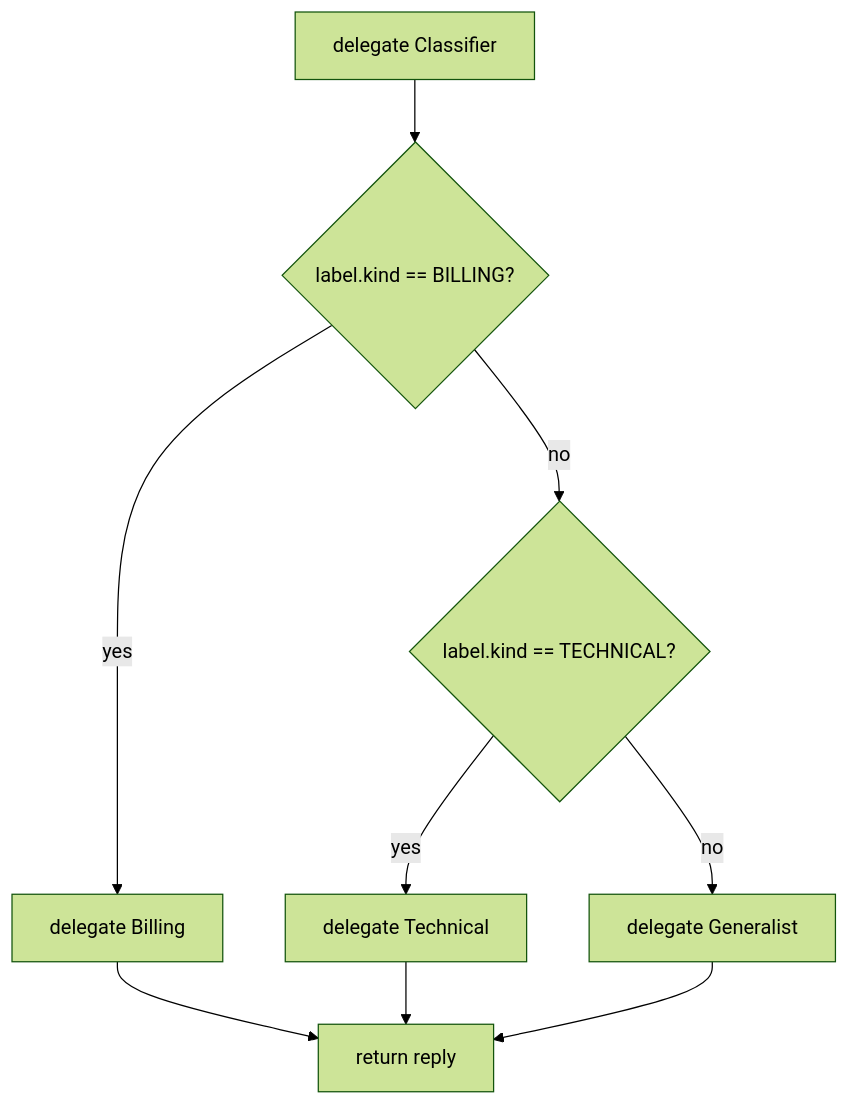
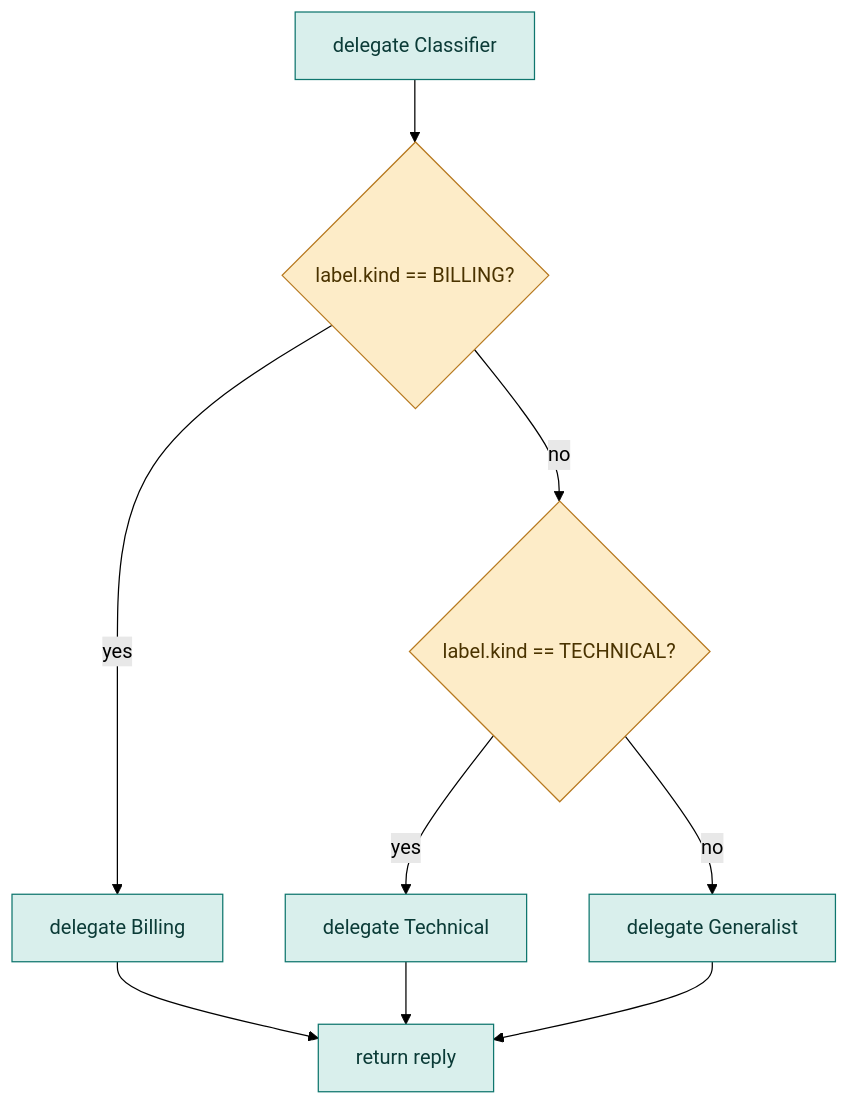
The second of 4 diagrams in docs/tutorial/04-control-flow.md (srijithunni7182/llm4j), drawn with Mermaid (forest theme) before and after one commit. The commit also changed other lines of this file and 13 other files, not shown here.

First line of the commit message:
docs: give the tutorial's diagrams meaningful colours

````diff
--- a/docs/tutorial/04-control-flow.md
+++ b/docs/tutorial/04-control-flow.md
@@ -75,11 +81,15 @@
 ```mermaid
 flowchart TD
   C["delegate Classifier"] --> Q{"label.kind == BILLING?"}
   Q -- yes --> B["delegate Billing"]
   Q -- no --> Q2{"label.kind == TECHNICAL?"}
   Q2 -- yes --> T["delegate Technical"]
   Q2 -- no --> G["delegate Generalist"]
   B --> R["return reply"]
   T --> R
   G --> R
+  classDef step fill:#d9efec,stroke:#0f766e,color:#0b3b37
+  classDef decision fill:#fdecc8,stroke:#b7791f,color:#4a3300
+  class C,B,T,G,R step
+  class Q,Q2 decision
 ```
````
